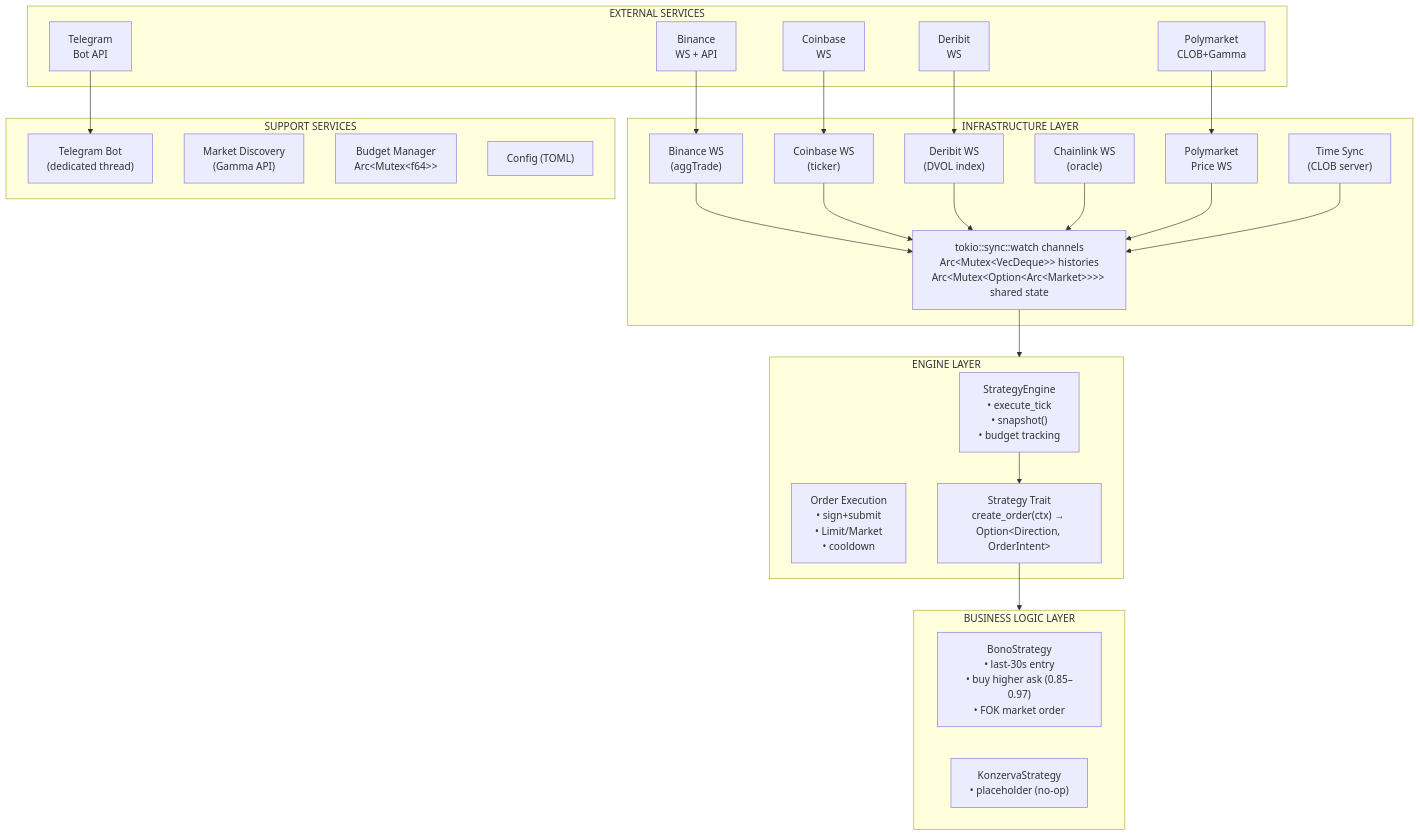
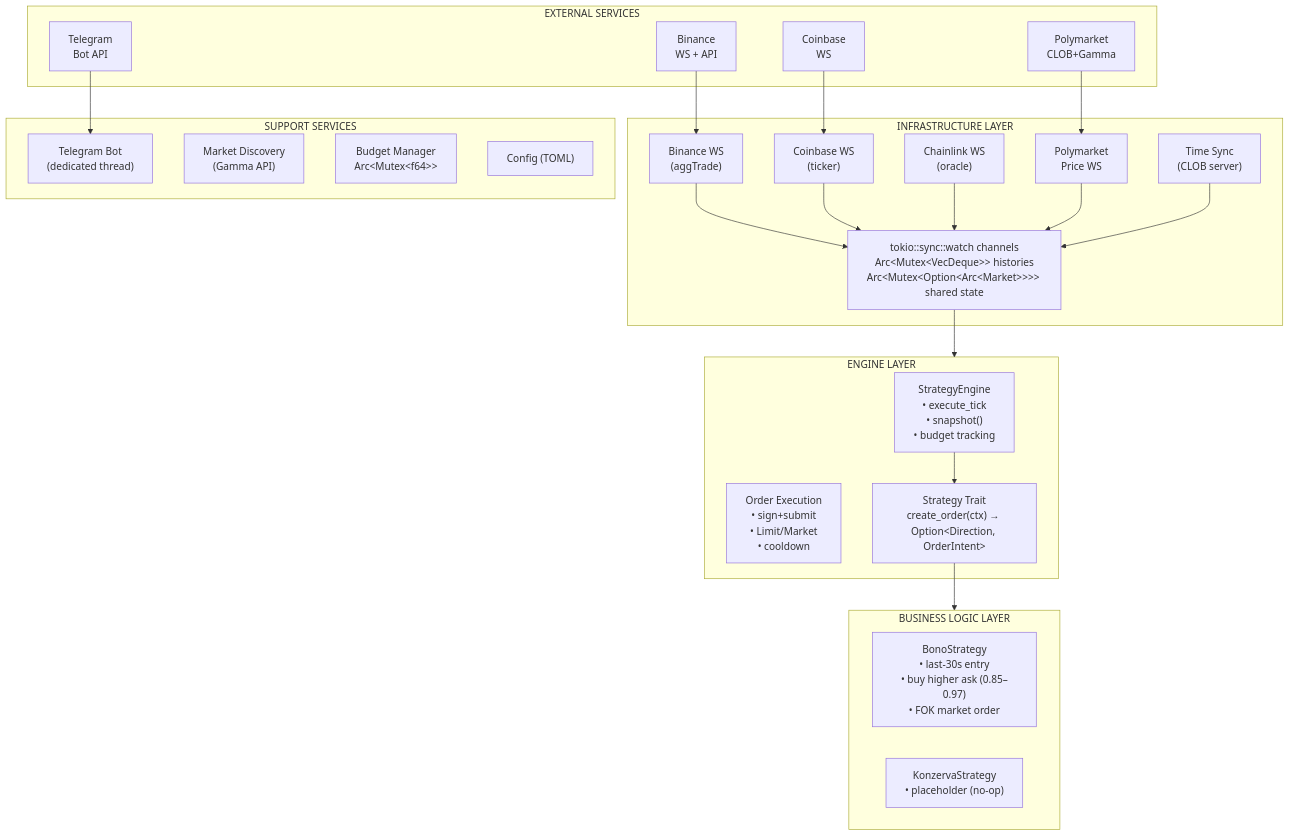
Before and after one commit to bbono/serekes: the first of 3 diagrams in docs/ARCHITECTURE.md, drawn with Mermaid. The commit also changed other lines of this file and 8 other files, not shown here.

First line of the commit message:
Remove Deribit DVOL feed entirely from bot

````diff
--- a/docs/ARCHITECTURE.md
+++ b/docs/ARCHITECTURE.md
@@ -9,51 +9,48 @@
 ```mermaid
 graph TD
     subgraph INFRA["INFRASTRUCTURE LAYER"]
         BIN_WS["Binance WS<br/>(aggTrade)"]
         CB_WS["Coinbase WS<br/>(ticker)"]
-        DER_WS["Deribit WS<br/>(DVOL index)"]
         CL_WS["Chainlink WS<br/>(oracle)"]
         PM_WS["Polymarket<br/>Price WS"]
         SYNC["Time Sync<br/>(CLOB server)"]
         CHANNELS["tokio::sync::watch channels<br/>Arc&lt;Mutex&lt;VecDeque&gt;&gt; histories<br/>Arc&lt;Mutex&lt;Option&lt;Arc&lt;Market&gt;&gt;&gt;&gt; shared state"]
     end
 
-    BIN_WS & CB_WS & DER_WS & CL_WS & PM_WS & SYNC --> CHANNELS
+    BIN_WS & CB_WS & CL_WS & PM_WS & SYNC --> CHANNELS
 
     subgraph ENGINE["ENGINE LAYER"]
         SE["StrategyEngine<br/>• execute_tick<br/>• snapshot()<br/>• budget tracking"]
         OE["Order Execution<br/>• sign+submit<br/>• Limit/Market<br/>• cooldown"]
         TRAIT["Strategy Trait<br/>create_order(ctx) → Option&lt;Direction, OrderIntent&gt;"]
         SE --> TRAIT
     end
 
     CHANNELS --> ENGINE
 
     subgraph BIZ["BUSINESS LOGIC LAYER"]
         BONO["BonoStrategy<br/>• last-30s entry<br/>• buy higher ask (0.85–0.97)<br/>• FOK market order"]
         KONZ["KonzervaStrategy<br/>• placeholder (no-op)"]
     end
 
     TRAIT --> BIZ
 
     subgraph SUPPORT["SUPPORT SERVICES"]
         TG["Telegram Bot<br/>(dedicated thread)"]
         MD["Market Discovery<br/>(Gamma API)"]
         BUDGET["Budget Manager<br/>Arc&lt;Mutex&lt;f64&gt;&gt;"]
         CFG["Config (TOML)"]
     end
 
     subgraph EXT["EXTERNAL SERVICES"]
         E_BIN["Binance<br/>WS + API"]
         E_CB["Coinbase<br/>WS"]
-        E_DER["Deribit<br/>WS"]
         E_PM["Polymarket<br/>CLOB+Gamma"]
         E_TG["Telegram<br/>Bot API"]
     end
 
     E_BIN --> BIN_WS
     E_CB --> CB_WS
-    E_DER --> DER_WS
     E_PM --> PM_WS
     E_TG --> TG
 ```
````
